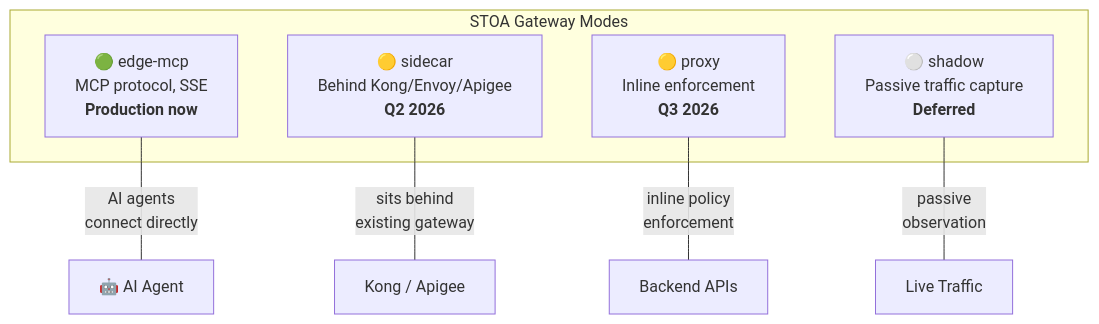
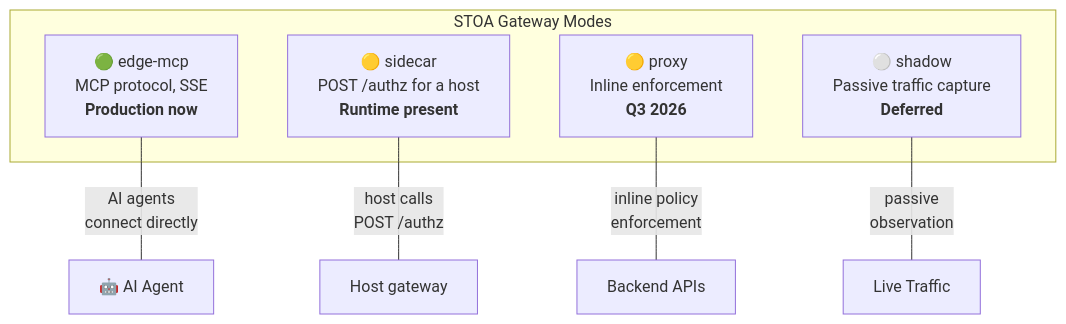
Before and after one commit to stoa-platform/stoa-docs: the fourth of 6 diagrams in docs/guides/fiches/api-gateway-patterns.md, drawn with Mermaid. The commit also changed other lines of this file and 26 other files, not shown here.

````diff
--- a/docs/guides/fiches/api-gateway-patterns.md
+++ b/docs/guides/fiches/api-gateway-patterns.md
@@ -107,14 +107,14 @@
 ```mermaid
 flowchart TB
     subgraph Modes["STOA Gateway Modes"]
         EdgeMCP["🟢 edge-mcp<br/>MCP protocol, SSE<br/><b>Production now</b>"]
-        Sidecar["🟡 sidecar<br/>Behind Kong/Envoy/Apigee<br/><b>Q2 2026</b>"]
+        Sidecar["🟡 sidecar<br/>POST /authz for a host<br/><b>Runtime present</b>"]
         Proxy["🟡 proxy<br/>Inline enforcement<br/><b>Q3 2026</b>"]
         Shadow["⚪ shadow<br/>Passive traffic capture<br/><b>Deferred</b>"]
     end
 
     EdgeMCP ---|"AI agents<br/>connect directly"| Agent["🤖 AI Agent"]
-    Sidecar ---|"sits behind<br/>existing gateway"| Kong["Kong / Apigee"]
+    Sidecar ---|"host calls<br/>POST /authz"| Kong["Host gateway"]
     Proxy ---|"inline policy<br/>enforcement"| Backend["Backend APIs"]
     Shadow ---|"passive<br/>observation"| Traffic["Live Traffic"]
 ```
````
